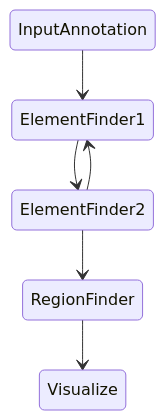
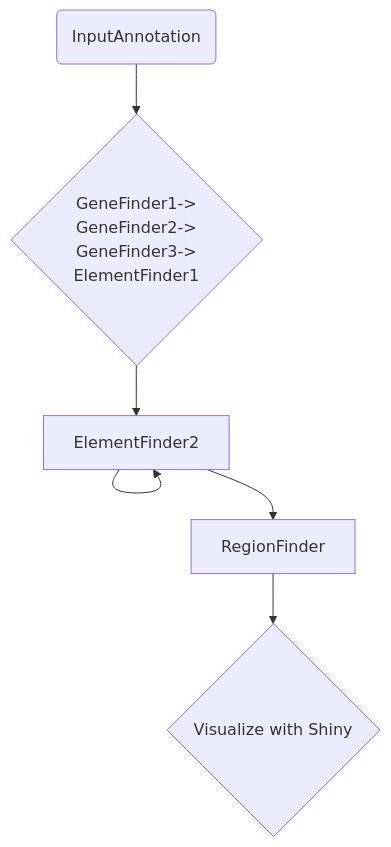
Before and after one commit to collaborativebioinformatics/starfishDiscovery: the second of 2 diagrams in README.md, drawn with Mermaid. The commit also changed other lines of this file, not shown here.

Commit message:
updated flowchart

````diff
--- a/README.md
+++ b/README.md
@@ -32,8 +33,11 @@
 ```mermaid
-stateDiagram-v2
-InputAnnotation --> ElementFinder1
-ElementFinder1 --> ElementFinder2
-ElementFinder2 --> ElementFinder1
-ElementFinder2 --> RegionFinder
-RegionFinder --> Visualize
+flowchart TB
+A(InputAnnotation) --> B{GeneFinder1->
+GeneFinder2->
+GeneFinder3->
+ElementFinder1}
+B --> C[ElementFinder2]
+C --> C
+C --> D[RegionFinder]
+D --> E{Visualize with Shiny}
 ```
````
